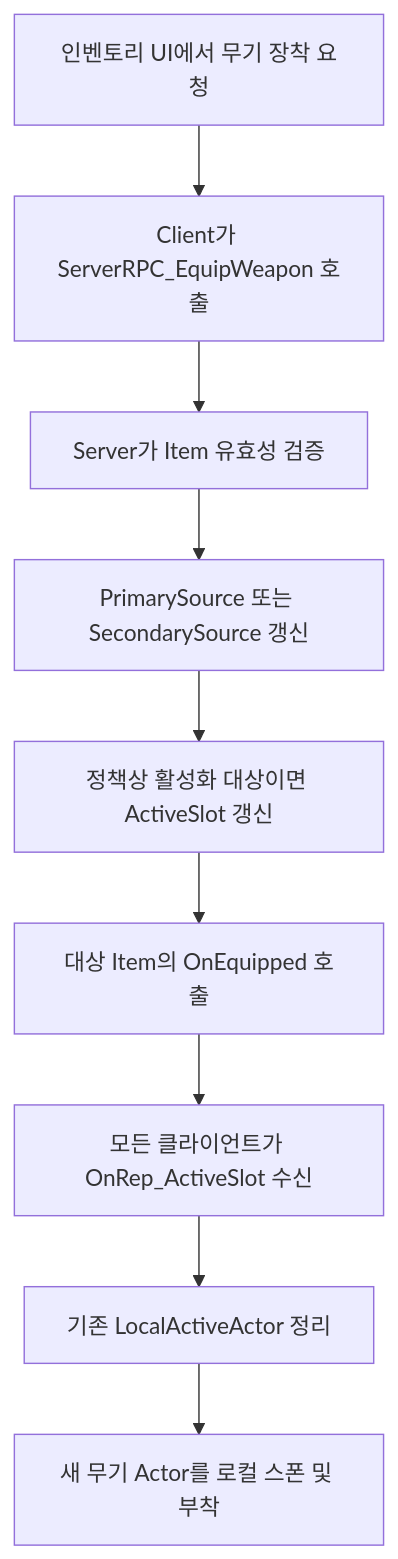
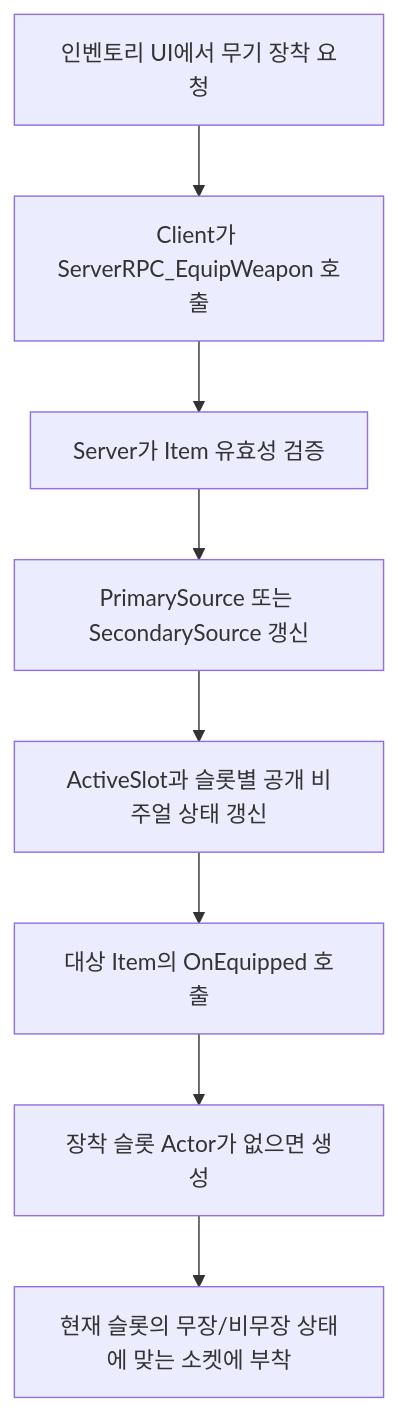
One commit to TeamApoc/ProjectR changed the first of 4 diagrams in Docs/[시스템 기획] 무기_장비.md. Above: the diagram before and after it, drawn with Mermaid. The commit also changed other lines of this file and 14 other files, not shown here.

````diff
--- a/Docs/[시스템 기획] 무기_장비.md
+++ b/Docs/[시스템 기획] 무기_장비.md
@@ -180,11 +184,10 @@
 ```mermaid
 flowchart TD
     A[인벤토리 UI에서 무기 장착 요청] --> B[Client가 ServerRPC_EquipWeapon 호출]
     B --> C[Server가 Item 유효성 검증]
     C --> D[PrimarySource 또는 SecondarySource 갱신]
-    D --> E[정책상 활성화 대상이면 ActiveSlot 갱신]
+    D --> E[ActiveSlot과 슬롯별 공개 비주얼 상태 갱신]
     E --> F[대상 Item의 OnEquipped 호출]
-    F --> G[모든 클라이언트가 OnRep_ActiveSlot 수신]
-    G --> H[기존 LocalActiveActor 정리]
-    H --> I[새 무기 Actor를 로컬 스폰 및 부착]
+    F --> G[장착 슬롯 Actor가 없으면 생성]
+    G --> H[현재 슬롯의 무장/비무장 상태에 맞는 소켓에 부착]
 ```
````
